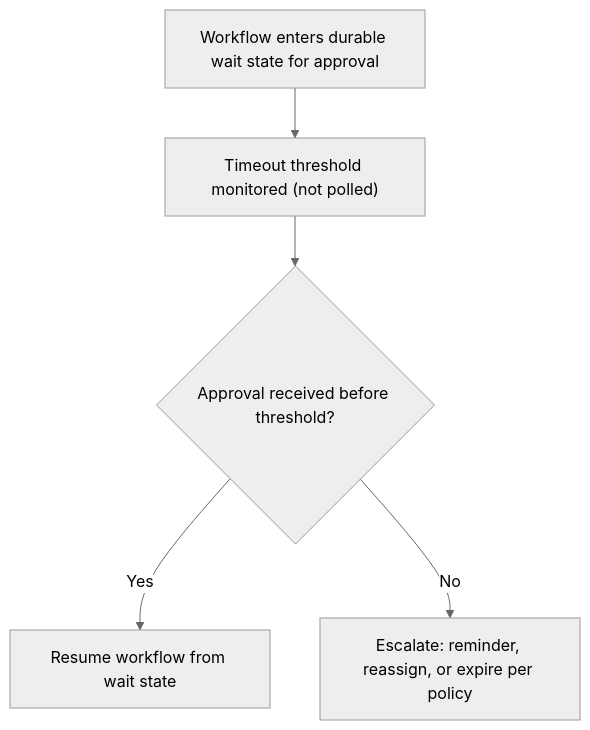
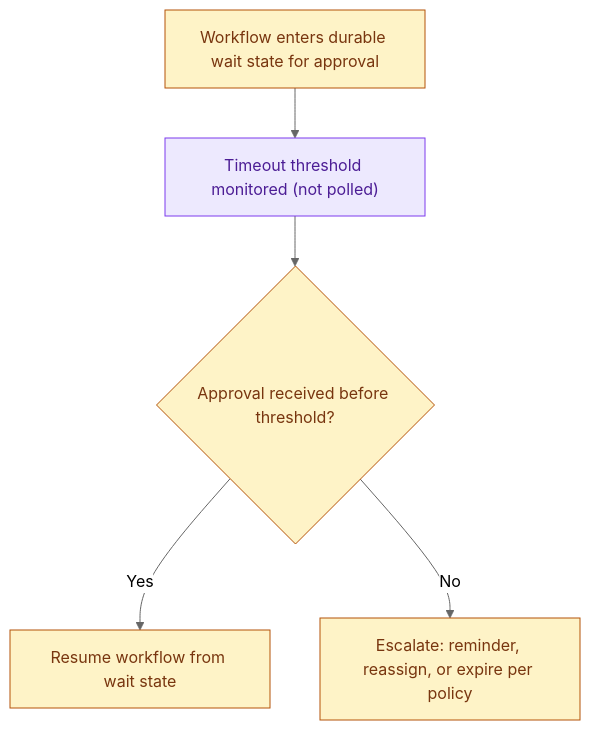
The third of 5 diagrams in site/content/modules/15-fde-case-studies/standalone-designs/reliable-workflow-orchestration/tutorial-v2-part-6.md (Sourav692/Forward-Deployed-Engineer-Interview-Prep), drawn with Mermaid (neutral theme) before and after one commit. The commit also changed other lines of this file and 1268 other files, not shown here.

First line of the commit message:
content: polish Casebook writing and Mermaid diagrams (#251)

````diff
--- a/site/content/modules/15-fde-case-studies/standalone-designs/reliable-workflow-orchestration/tutorial-v2-part-6.md
+++ b/site/content/modules/15-fde-case-studies/standalone-designs/reliable-workflow-orchestration/tutorial-v2-part-6.md
@@ -75,7 +93,13 @@
 ```mermaid
 flowchart TD
   A["Workflow enters durable wait state for approval"] --> B["Timeout threshold monitored (not polled)"]
   B --> C{"Approval received before threshold?"}
   C -->|"Yes"| D["Resume workflow from wait state"]
   C -->|"No"| E["Escalate: reminder, reassign, or expire per policy"]
+
+    %% Casebook colours: entry, reasoning, results, controls, and stopped paths.
+    classDef cbPolicy fill:#fef3c7,stroke:#b45309,color:#78350f
+    class A,C,D,E cbPolicy
+    classDef cbReason fill:#ede9fe,stroke:#7c3aed,color:#4c1d95
+    class B cbReason
 ```
````
